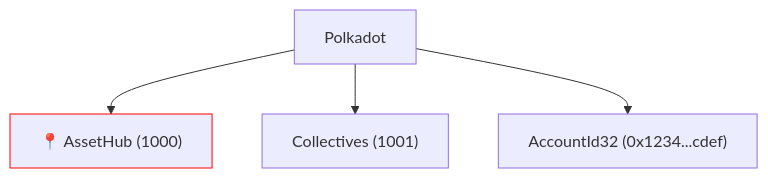
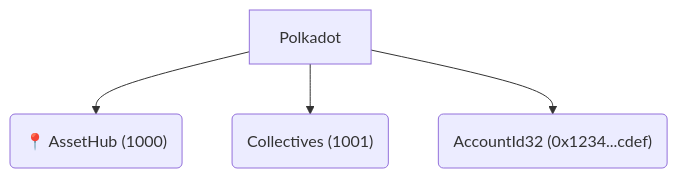
One commit to Polkadot-Blockchain-Academy/pba-content changed the seventh of 20 diagrams in syllabus/7-XCM/1-Core_Concepts_of_XCM/Core_Concepts_of_XCM_slides.md. Above: the diagram before and after it, drawn with Mermaid. The commit also changed other lines of this file and 1 other file, not shown here.

Commit message:
Change mermaidjs theme

````diff
--- a/syllabus/7-XCM/1-Core_Concepts_of_XCM/Core_Concepts_of_XCM_slides.md
+++ b/syllabus/7-XCM/1-Core_Concepts_of_XCM/Core_Concepts_of_XCM_slides.md
@@ -404,7 +424,6 @@
 ```mermaid
 graph TD
-    Polkadot-->AssetHub["📍 AssetHub (1000)"]
-    Polkadot-->Collectives["Collectives (1001)"]
-    Polkadot-->Account["AccountId32 (0x1234...cdef)"]
-    style AssetHub stroke:red
+    Polkadot-->AssetHub("📍 AssetHub (1000)")
+    Polkadot-->Collectives("Collectives (1001)")
+    Polkadot-->Account("AccountId32 (0x1234...cdef)")
 ```
````
